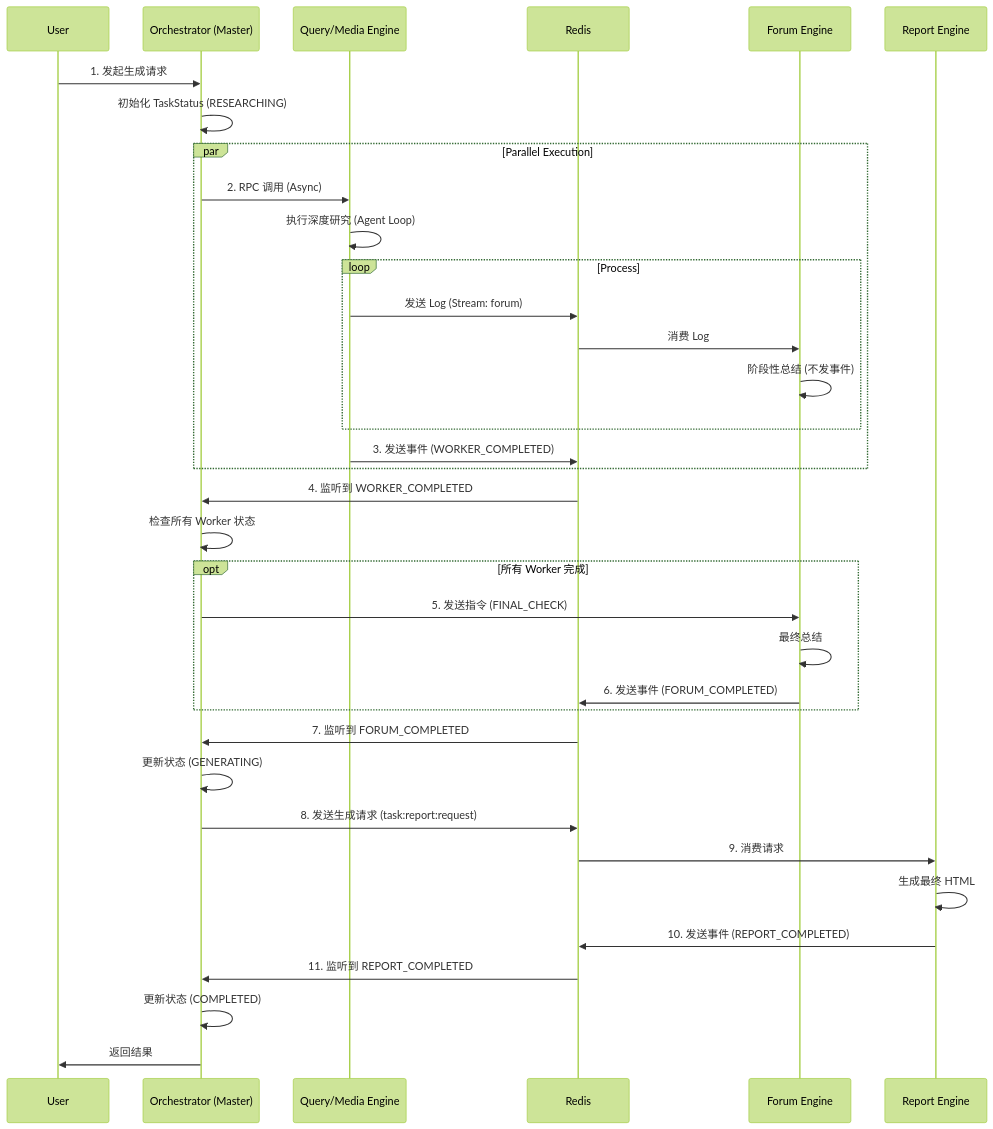
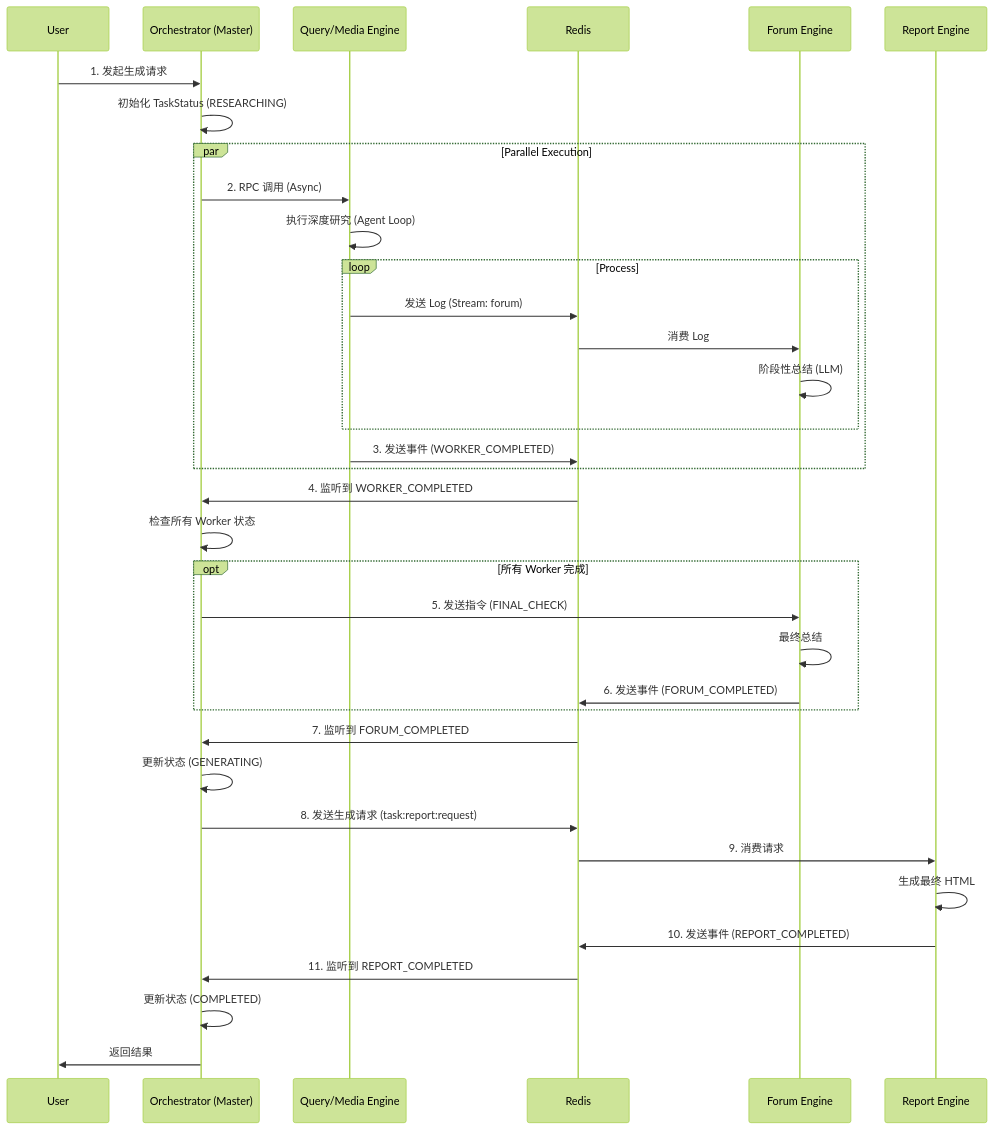
The first of 2 diagrams in README.md (Vanzeren/souyu), drawn with Mermaid (forest theme) before and after one commit. The commit also changed other lines of this file and 6 other files, not shown here.

````diff
--- a/README.md
+++ b/README.md
@@ -20,43 +28,43 @@
 ```mermaid
 sequenceDiagram
     participant User
     participant Orch as Orchestrator (Master)
     participant Worker as Query/Media Engine
     participant Redis
     participant FE as Forum Engine
     participant RE as Report Engine
 
     User->>Orch: 1. 发起生成请求
     Orch->>Orch: 初始化 TaskStatus (RESEARCHING)
-    
+
     par Parallel Execution
         Orch->>Worker: 2. RPC 调用 (Async)
         Worker->>Worker: 执行深度研究 (Agent Loop)
         loop Process
             Worker->>Redis: 发送 Log (Stream: forum)
             Redis->>FE: 消费 Log
-            FE->>FE: 阶段性总结 (不发事件)
+            FE->>FE: 阶段性总结 (LLM)
         end
-        
+
         Worker->>Redis: 3. 发送事件 (WORKER_COMPLETED)
     end
 
     Redis->>Orch: 4. 监听到 WORKER_COMPLETED
     Orch->>Orch: 检查所有 Worker 状态
-    
+
     opt 所有 Worker 完成
         Orch->>FE: 5. 发送指令 (FINAL_CHECK)
         FE->>FE: 最终总结
         FE->>Redis: 6. 发送事件 (FORUM_COMPLETED)
     end
 
     Redis->>Orch: 7. 监听到 FORUM_COMPLETED
     Orch->>Orch: 更新状态 (GENERATING)
     Orch->>Redis: 8. 发送生成请求 (task:report:request)
     Redis->>RE: 9. 消费请求
     RE->>RE: 生成最终 HTML
     RE->>Redis: 10. 发送事件 (REPORT_COMPLETED)
     Redis->>Orch: 11. 监听到 REPORT_COMPLETED
     Orch->>Orch: 更新状态 (COMPLETED)
     Orch->>User: 返回结果
 ```
````
